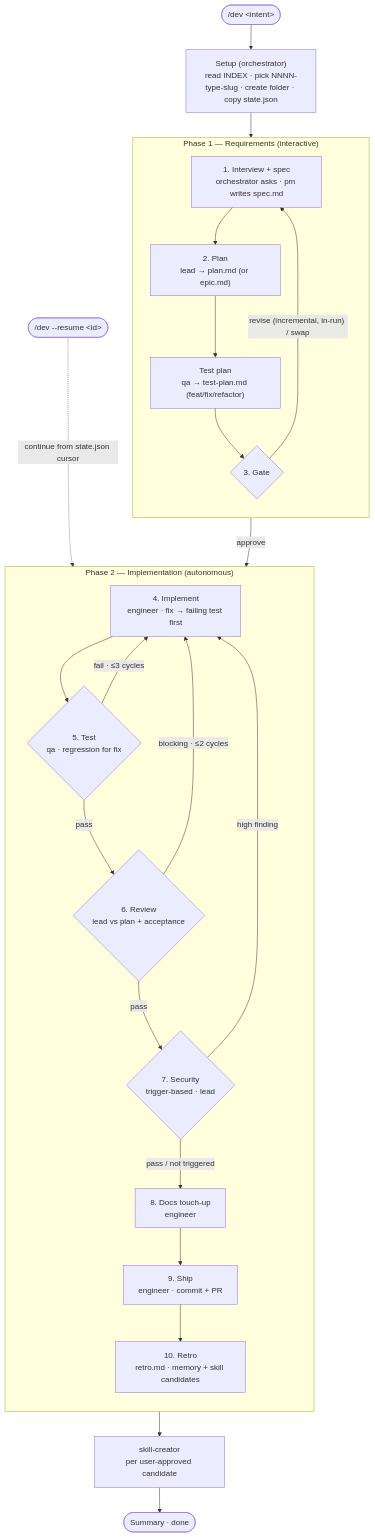
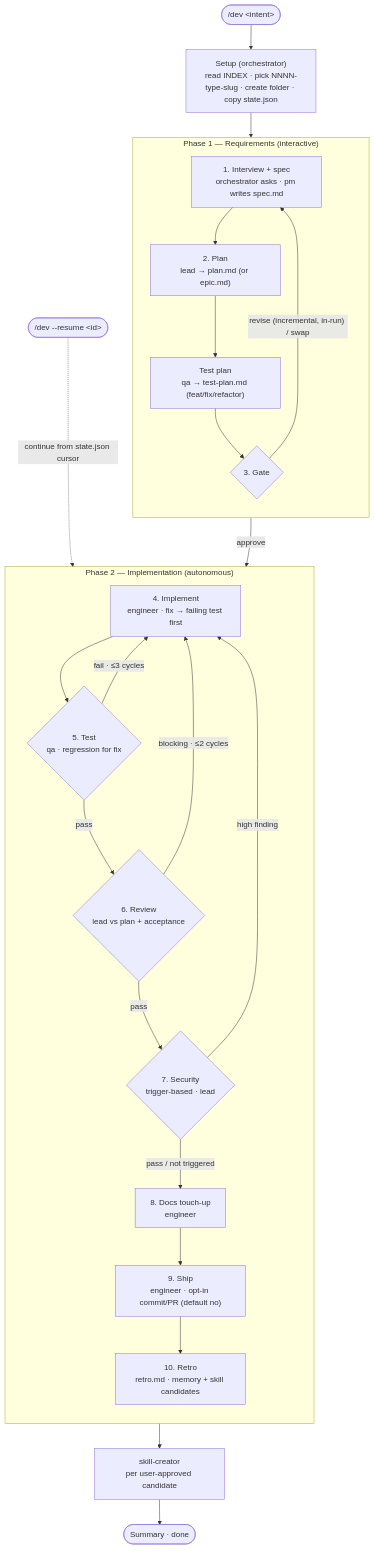
Before and after one commit to Maximumsoft-Co-LTD/claude-foundation: the diagram in WORKFLOW.md, drawn with Mermaid. The commit also changed other lines of this file and 8 other files, not shown here.

````diff
--- a/WORKFLOW.md
+++ b/WORKFLOW.md
@@ -17,41 +17,41 @@
 ```mermaid
 flowchart TD
     Start(["/dev &lt;intent&gt;"]) --> Setup["Setup (orchestrator)<br/>read INDEX · pick NNNN-type-slug · create folder · copy state.json"]
 
     subgraph P1["Phase 1 — Requirements (interactive)"]
         direction TB
         S1["1. Interview + spec<br/>orchestrator asks · pm writes spec.md"]
         S2["2. Plan<br/>lead → plan.md (or epic.md)"]
         S2T["Test plan<br/>qa → test-plan.md (feat/fix/refactor)"]
         S3{"3. Gate"}
         S1 --> S2 --> S2T --> S3
     end
 
     Setup --> S1
     S3 -- "revise (incremental, in-run) / swap" --> S1
     S3 -- "approve" --> S4
 
     subgraph P2["Phase 2 — Implementation (autonomous)"]
         direction TB
         S4["4. Implement<br/>engineer · fix → failing test first"]
         S5{"5. Test<br/>qa · regression for fix"}
         S6{"6. Review<br/>lead vs plan + acceptance"}
         S7{"7. Security<br/>trigger-based · lead"}
         S8["8. Docs touch-up<br/>engineer"]
-        S9["9. Ship<br/>engineer · commit + PR"]
+        S9["9. Ship<br/>engineer · opt-in commit/PR (default no)"]
         S10["10. Retro<br/>retro.md · memory + skill candidates"]
         S4 --> S5
         S5 -- "pass" --> S6
         S6 -- "pass" --> S7
         S7 -- "pass / not triggered" --> S8 --> S9 --> S10
     end
 
     S5 -- "fail · ≤3 cycles" --> S4
     S6 -- "blocking · ≤2 cycles" --> S4
     S7 -- "high finding" --> S4
 
     S10 --> Skill["skill-creator<br/>per user-approved candidate"]
     Skill --> Done(["Summary · done"])
 
     Resume(["/dev --resume &lt;id&gt;"]) -. "continue from state.json cursor" .-> P2
 ```
````
